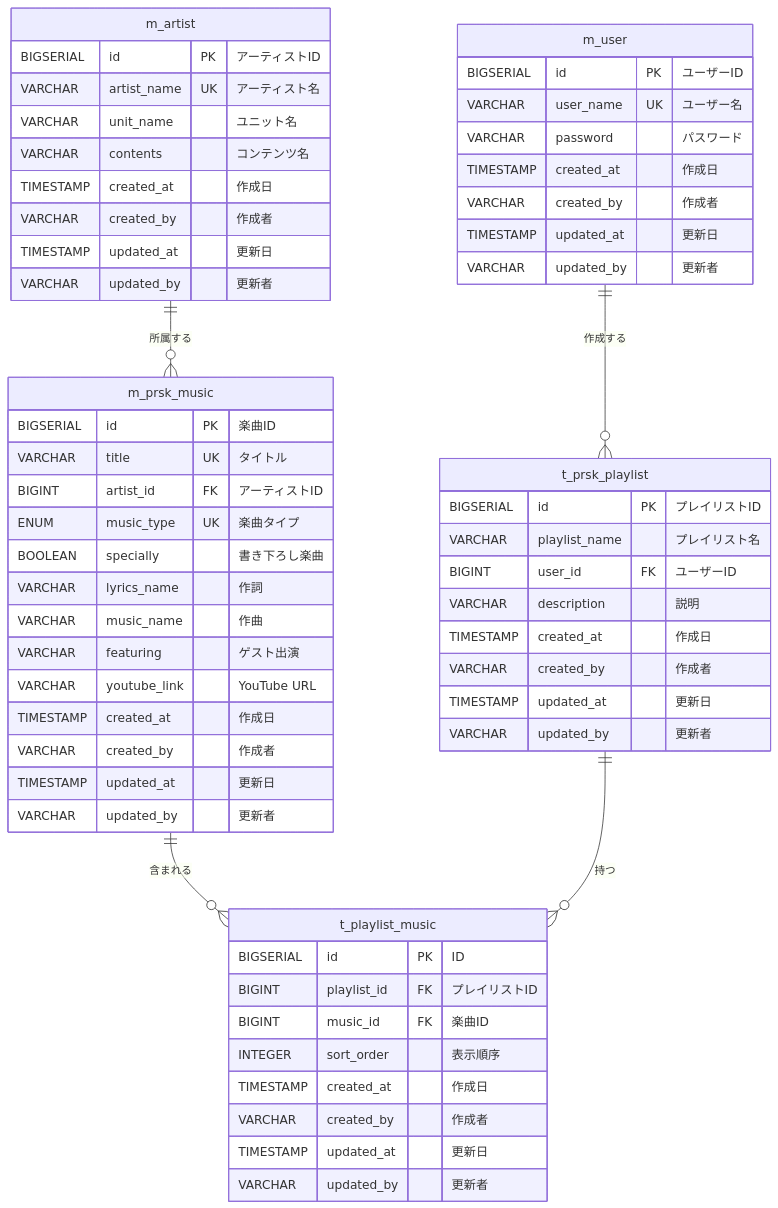
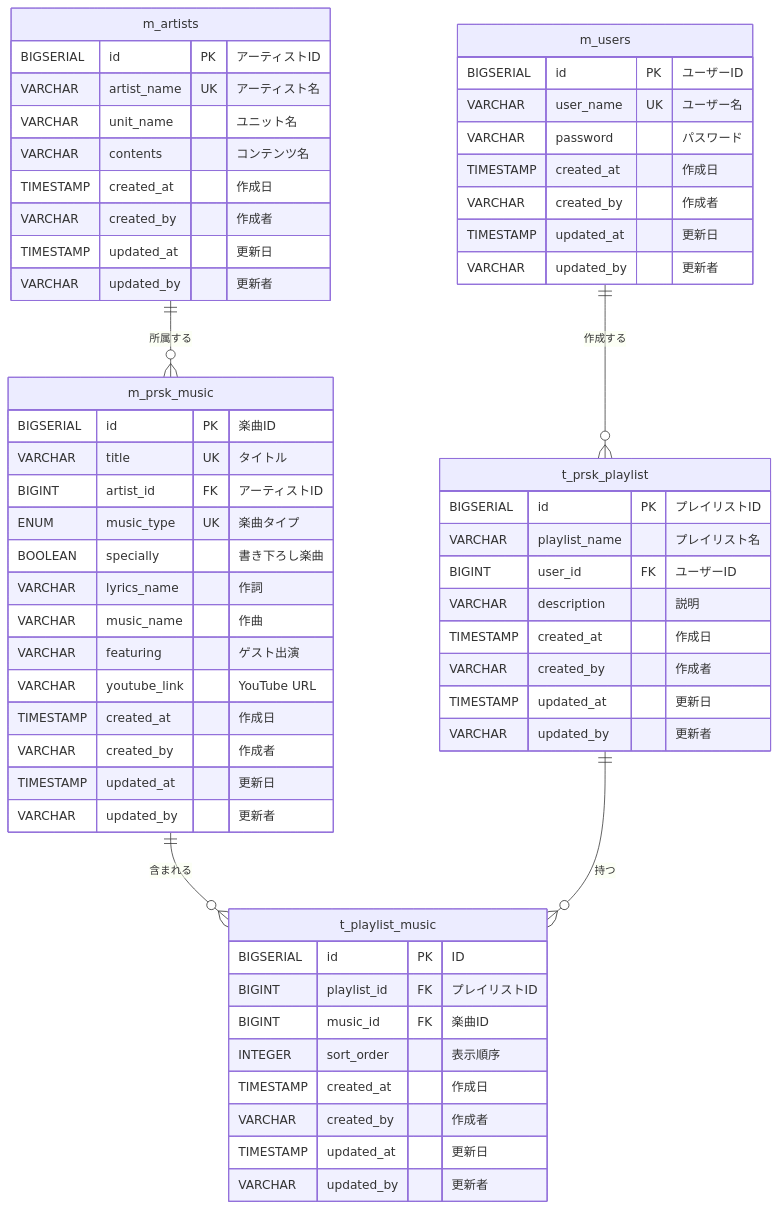
The diagram in doc/spec/entity-relationship-diagram.md (Narumikr/prsk-backend-SToRY), drawn with Mermaid before and after one commit. The commit also changed 1 other file, not shown here.

Commit message:
name change

````diff
--- a/doc/spec/entity-relationship-diagram.md
+++ b/doc/spec/entity-relationship-diagram.md
@@ -3,66 +3,66 @@
 ```mermaid
 erDiagram
-    m_user ||--o{ t_prsk_playlist : "作成する"
-    m_artist ||--o{ m_prsk_music : "所属する"
+    m_users ||--o{ t_prsk_playlist : "作成する"
+    m_artists ||--o{ m_prsk_music : "所属する"
     m_prsk_music ||--o{ t_playlist_music : "含まれる"
     t_prsk_playlist ||--o{ t_playlist_music : "持つ"
 
-    m_user {
+    m_users {
         BIGSERIAL id PK "ユーザーID"
         VARCHAR user_name UK "ユーザー名"
         VARCHAR password "パスワード"
         TIMESTAMP created_at "作成日"
         VARCHAR created_by "作成者"
         TIMESTAMP updated_at "更新日"
         VARCHAR updated_by "更新者"
     }
 
-    m_artist {
+    m_artists {
         BIGSERIAL id PK "アーティストID"
         VARCHAR artist_name UK "アーティスト名"
         VARCHAR unit_name "ユニット名"
         VARCHAR contents "コンテンツ名"
         TIMESTAMP created_at "作成日"
         VARCHAR created_by "作成者"
         TIMESTAMP updated_at "更新日"
         VARCHAR updated_by "更新者"
     }
 
     m_prsk_music {
         BIGSERIAL id PK "楽曲ID"
         VARCHAR title UK "タイトル"
         BIGINT artist_id FK "アーティストID"
         ENUM music_type UK "楽曲タイプ"
         BOOLEAN specially "書き下ろし楽曲"
         VARCHAR lyrics_name "作詞"
         VARCHAR music_name "作曲"
         VARCHAR featuring "ゲスト出演"
         VARCHAR youtube_link "YouTube URL"
         TIMESTAMP created_at "作成日"
         VARCHAR created_by "作成者"
         TIMESTAMP updated_at "更新日"
         VARCHAR updated_by "更新者"
     }
 
     t_prsk_playlist {
         BIGSERIAL id PK "プレイリストID"
         VARCHAR playlist_name "プレイリスト名"
         BIGINT user_id FK "ユーザーID"
         VARCHAR description "説明"
         TIMESTAMP created_at "作成日"
         VARCHAR created_by "作成者"
         TIMESTAMP updated_at "更新日"
         VARCHAR updated_by "更新者"
     }
 
     t_playlist_music {
         BIGSERIAL id PK "ID"
         BIGINT playlist_id FK "プレイリストID"
         BIGINT music_id FK "楽曲ID"
         INTEGER sort_order "表示順序"
         TIMESTAMP created_at "作成日"
         VARCHAR created_by "作成者"
         TIMESTAMP updated_at "更新日"
         VARCHAR updated_by "更新者"
     }
 ```
````
